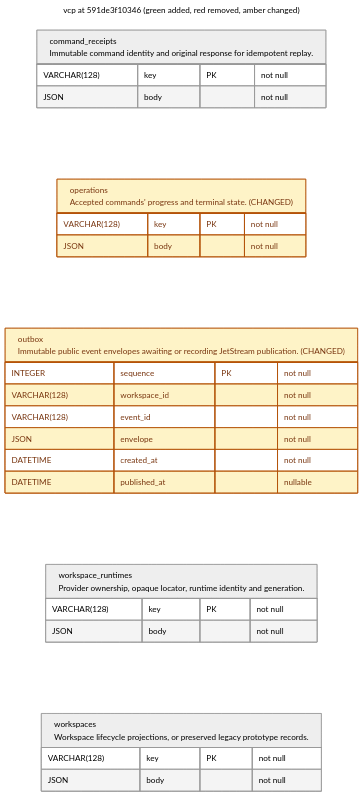
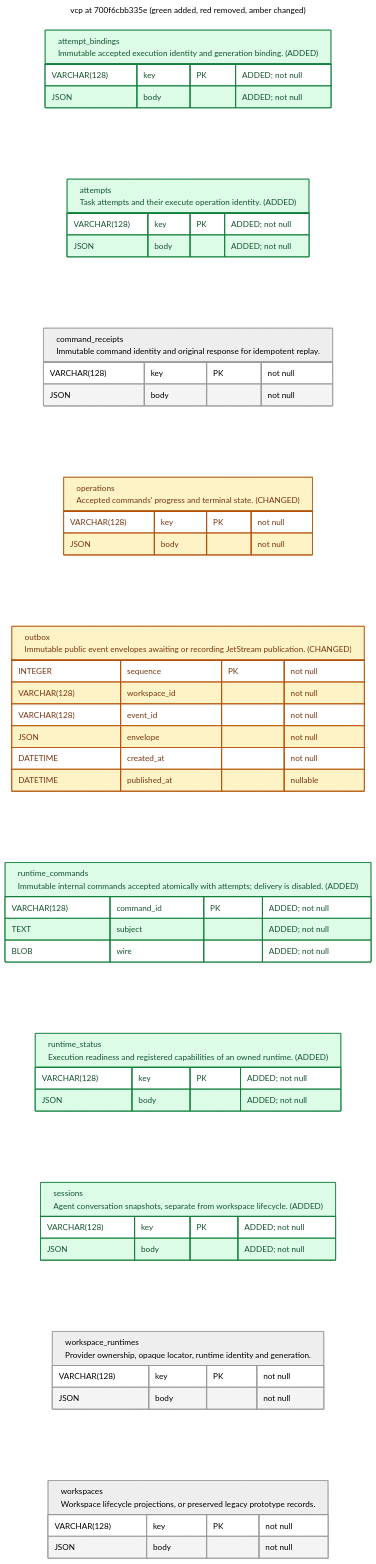
One commit to OpenEngine/OpenEngine changed the diagram in v2/docs/schema/latest_vcp.mermaid. Above: the diagram before and after it, drawn with Mermaid. The commit also changed 13 other files, not shown here.

Commit message:
feat(v2-vcp): accept execution with durable sessions and attempts

```diff
--- a/v2/docs/schema/latest_vcp.mermaid
+++ b/v2/docs/schema/latest_vcp.mermaid
@@ -1,39 +1,65 @@
 ---
-title: vcp at 591de3f10346 (green added, red removed, amber changed)
+title: vcp at 700f6cbb335e (green added, red removed, amber changed)
 config:
   theme: neutral
 ---
 erDiagram
     direction LR
     %% REMOVED tables/columns are tombstones, absent from this revision's schema.
     %% Column changes include type, nullability, default and key membership.
     %% Table changes also include indexes and constraints.
     classDef added fill:#dcfce7,stroke:#15803d,color:#14532d
     classDef removed fill:#fee2e2,stroke:#b91c1c,color:#7f1d1d
     classDef changed fill:#fef3c7,stroke:#b45309,color:#78350f
+    attempt_bindings["attempt_bindings<br/>Immutable accepted execution identity and generation binding. (ADDED)"] {
+        VARCHAR(128) key PK "ADDED; not null"
+        JSON body "ADDED; not null"
+    }
+    class attempt_bindings added
+    attempts["attempts<br/>Task attempts and their execute operation identity. (ADDED)"] {
+        VARCHAR(128) key PK "ADDED; not null"
+        JSON body "ADDED; not null"
+    }
+    class attempts added
     command_receipts["command_receipts<br/>Immutable command identity and original response for idempotent replay."] {
         VARCHAR(128) key PK "not null"
         JSON body "not null"
     }
     operations["operations<br/>Accepted commands' progress and terminal state. (CHANGED)"] {
         VARCHAR(128) key PK "not null"
         JSON body "not null"
     }
     class operations changed
     outbox["outbox<br/>Immutable public event envelopes awaiting or recording JetStream publication. (CHANGED)"] {
         INTEGER sequence PK "not null"
         VARCHAR(128) workspace_id "not null"
         VARCHAR(128) event_id "not null"
         JSON envelope "not null"
         DATETIME created_at "not null"
         DATETIME published_at "nullable"
     }
     class outbox changed
+    runtime_commands["runtime_commands<br/>Immutable internal commands accepted atomically with attempts; delivery is disabled. (ADDED)"] {
+        VARCHAR(128) command_id PK "ADDED; not null"
+        TEXT subject "ADDED; not null"
+        BLOB wire "ADDED; not null"
+    }
+    class runtime_commands added
+    runtime_status["runtime_status<br/>Execution readiness and registered capabilities of an owned runtime. (ADDED)"] {
+        VARCHAR(128) key PK "ADDED; not null"
+        JSON body "ADDED; not null"
+    }
+    class runtime_status added
+    sessions["sessions<br/>Agent conversation snapshots, separate from workspace lifecycle. (ADDED)"] {
+        VARCHAR(128) key PK "ADDED; not null"
+        JSON body "ADDED; not null"
+    }
+    class sessions added
     workspace_runtimes["workspace_runtimes<br/>Provider ownership, opaque locator, runtime identity and generation."] {
         VARCHAR(128) key PK "not null"
         JSON body "not null"
     }
     workspaces["workspaces<br/>Workspace lifecycle projections, or preserved legacy prototype records."] {
         VARCHAR(128) key PK "not null"
         JSON body "not null"
     }
```
